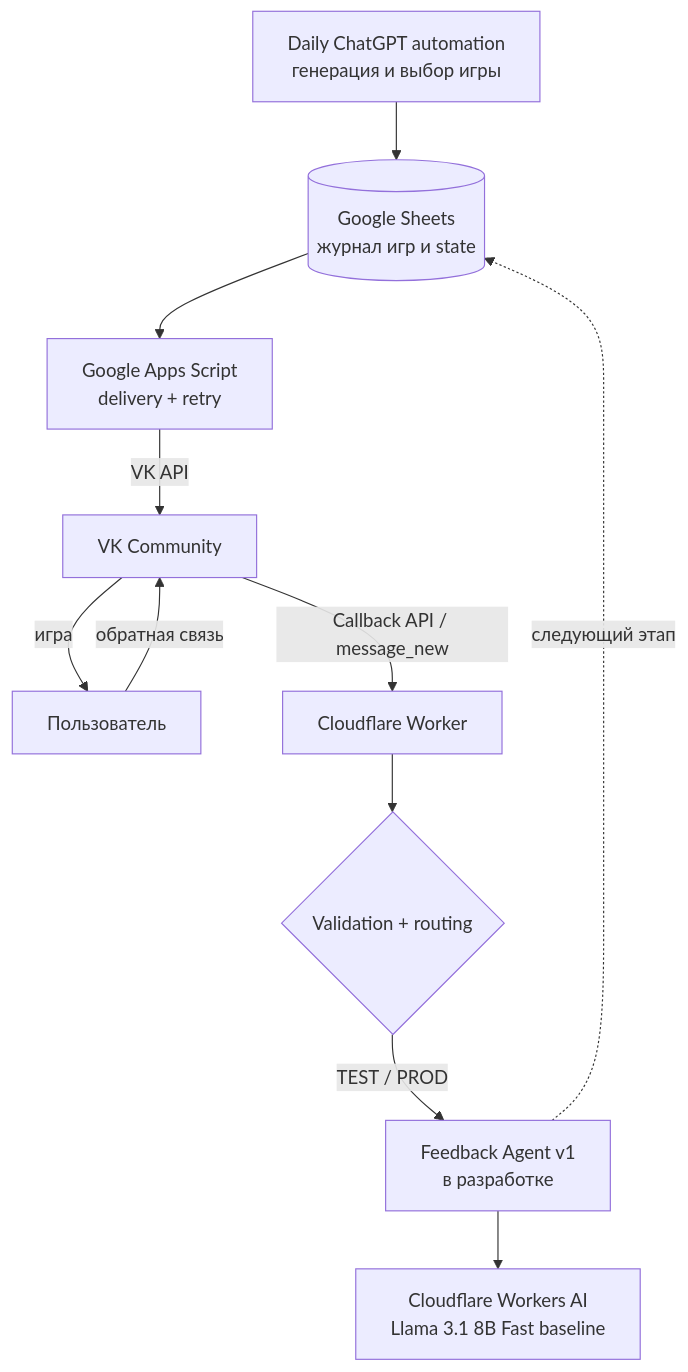
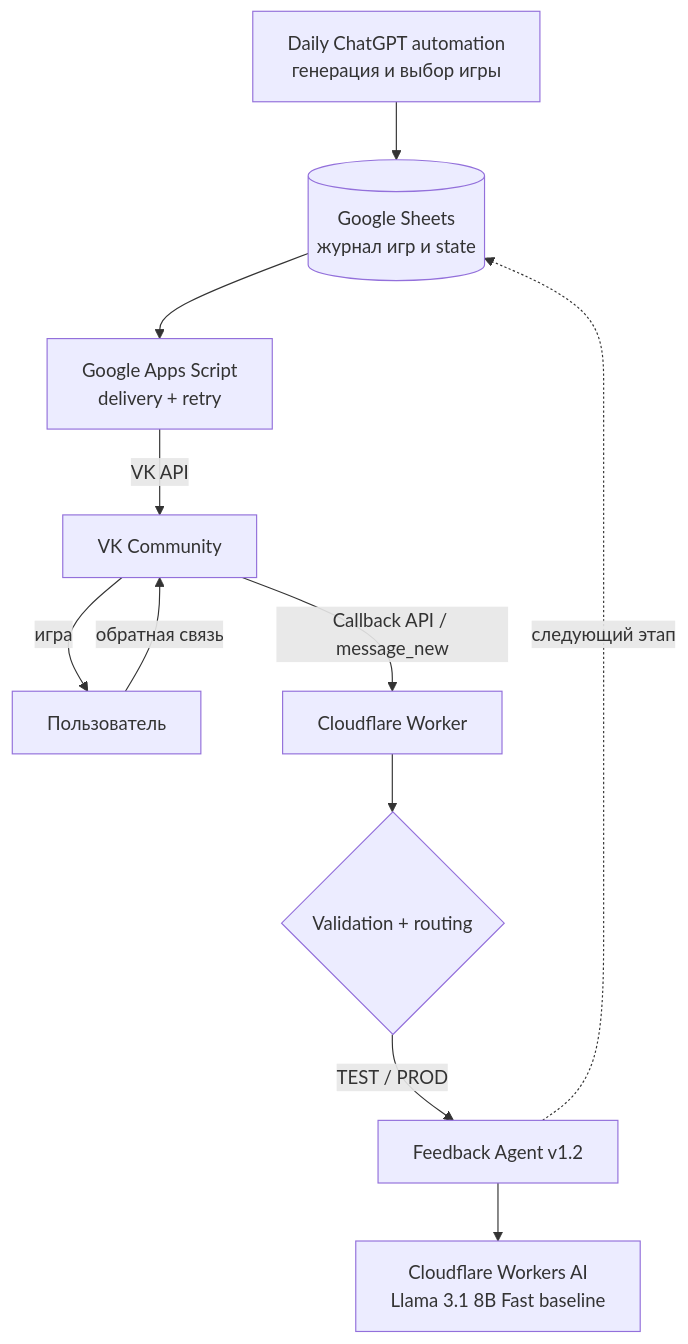
The first of 6 diagrams in docs/architecture.md (LukshinVI/game-of-the-day), drawn with Mermaid before and after one commit. The commit also changed other lines of this file, not shown here.

Commit message:
docs: update Feedback Agent v1.2 architecture

````diff
--- a/docs/architecture.md
+++ b/docs/architecture.md
@@ -11,13 +11,13 @@
 ```mermaid
 flowchart TD
     A[Daily ChatGPT automation<br/>генерация и выбор игры] --> B[(Google Sheets<br/>журнал игр и state)]
     B --> C[Google Apps Script<br/>delivery + retry]
     C -->|VK API| D[VK Community]
     D -->|игра| U[Пользователь]
     U -->|обратная связь| D
     D -->|Callback API / message_new| W[Cloudflare Worker]
     W --> V{Validation + routing}
-    V -->|TEST / PROD| F[Feedback Agent v1<br/>в разработке]
+    V -->|TEST / PROD| F[Feedback Agent v1.2]
     F --> AI[Cloudflare Workers AI<br/>Llama 3.1 8B Fast baseline]
     F -. следующий этап .-> B
 ```
````
